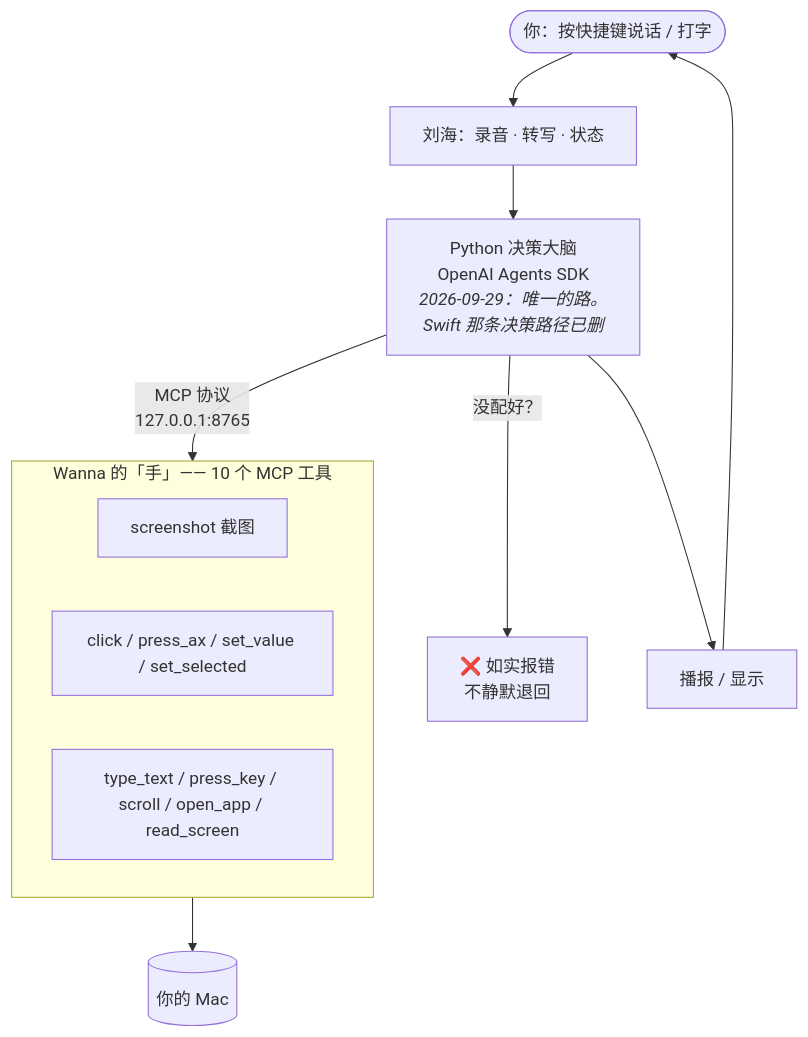
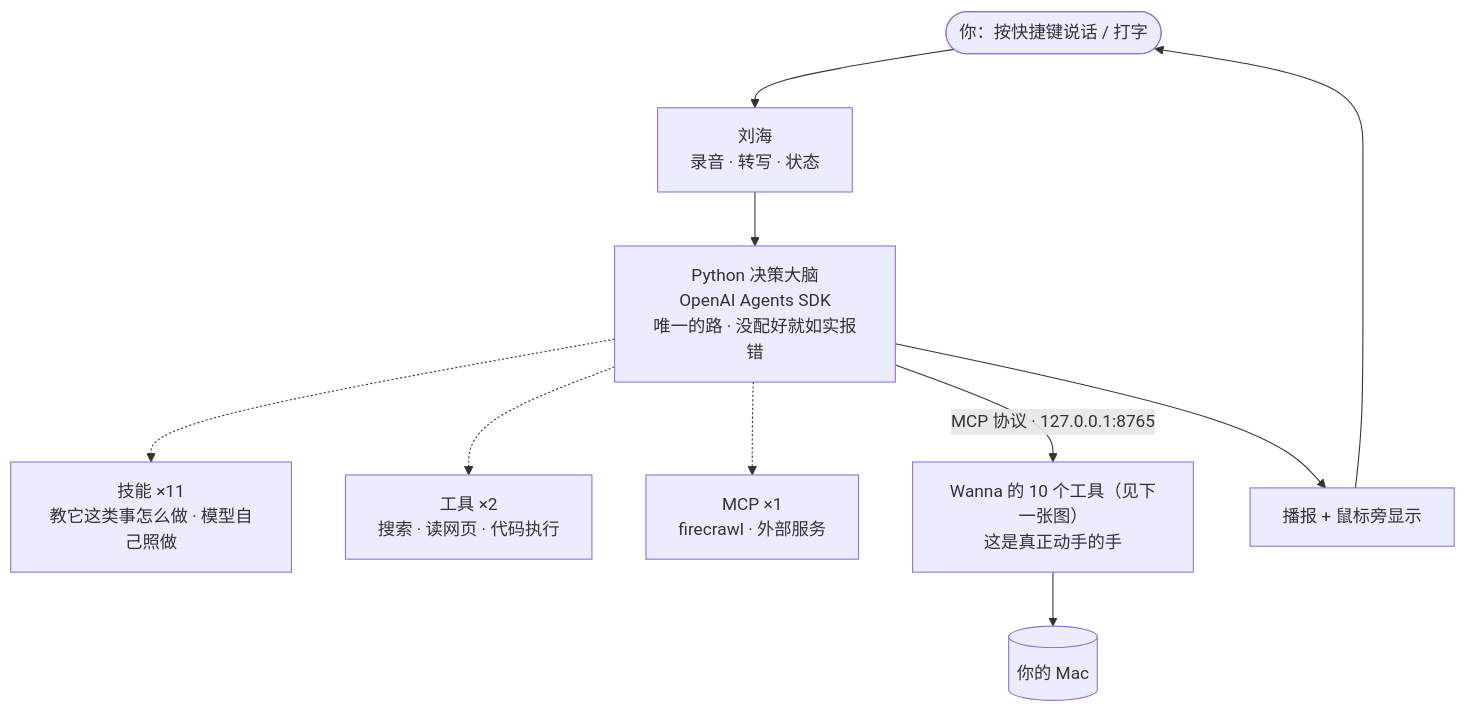
Before and after one commit to nash-aigc/wanna: the first of 2 diagrams in 全局框架/00-项目全貌.md, drawn with Mermaid. The commit also changed other lines of this file, not shown here.

First line of the commit message:
《项目全貌》重写成两张图（用户：太乱了，理解不连贯）

````diff
--- a/全局框架/00-项目全貌.md
+++ b/全局框架/00-项目全貌.md
@@ -21,18 +12,14 @@
 ```mermaid
 flowchart TB
-    U([你：按快捷键说话 / 打字]) --> NOTCH[刘海：录音 · 转写 · 状态]
-    NOTCH --> PY["Python 决策大脑<br/>OpenAI Agents SDK<br/><i>2026-09-29：唯一的路。<br/>Swift 那条决策路径已删</i>"]
+    U([你：按快捷键说话 / 打字]) --> N["刘海<br/>录音 · 转写 · 状态"]
+    N --> P["Python 决策大脑<br/>OpenAI Agents SDK<br/>唯一的路 · 没配好就如实报错"]
 
-    PY -->|MCP 协议<br/>127.0.0.1:8765| HANDS
+    P -.-> C1["技能 ×11<br/>教它这类事怎么做 · 模型自己照做"]
+    P -.-> C2["工具 ×2<br/>搜索 · 读网页 · 代码执行"]
+    P -.-> C3["MCP ×1<br/>firecrawl · 外部服务"]
 
-    subgraph HANDS ["Wanna 的「手」—— 10 个 MCP 工具"]
-        H1[screenshot 截图]
-        H2[click / press_ax / set_value / set_selected]
-        H3[type_text / press_key / scroll / open_app / read_screen]
-    end
-
-    HANDS --> MAC[(你的 Mac)]
-    PY -->|没配好？| ERR["❌ 如实报错<br/>不静默退回"]
-    PY --> SPEAK[播报 / 显示]
-    SPEAK --> U
+    P -->|MCP 协议 · 127.0.0.1:8765| H["Wanna 的 10 个工具（见下一张图）<br/>这是真正动手的手"]
+    H --> MAC[(你的 Mac)]
+    P --> R["播报 + 鼠标旁显示"]
+    R --> U
 ```
````
